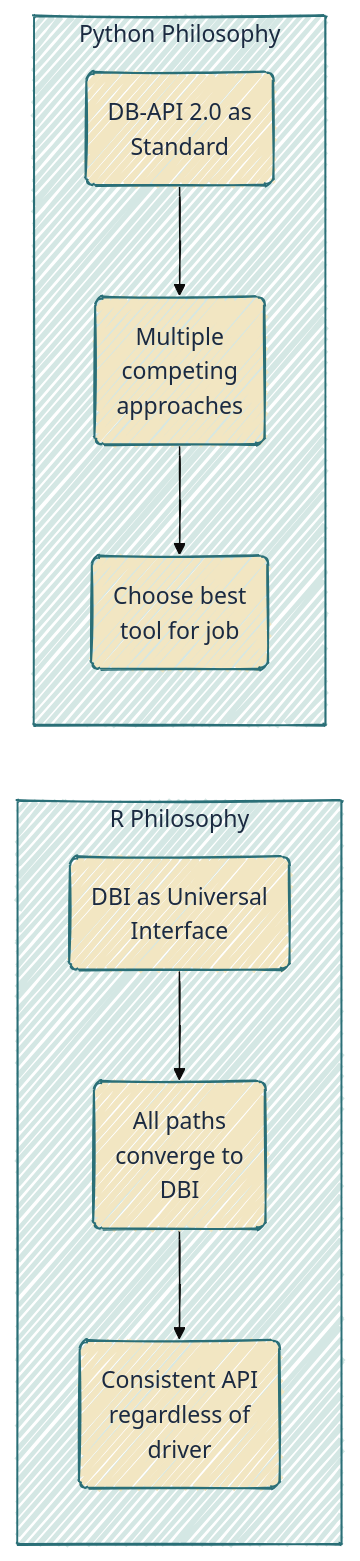
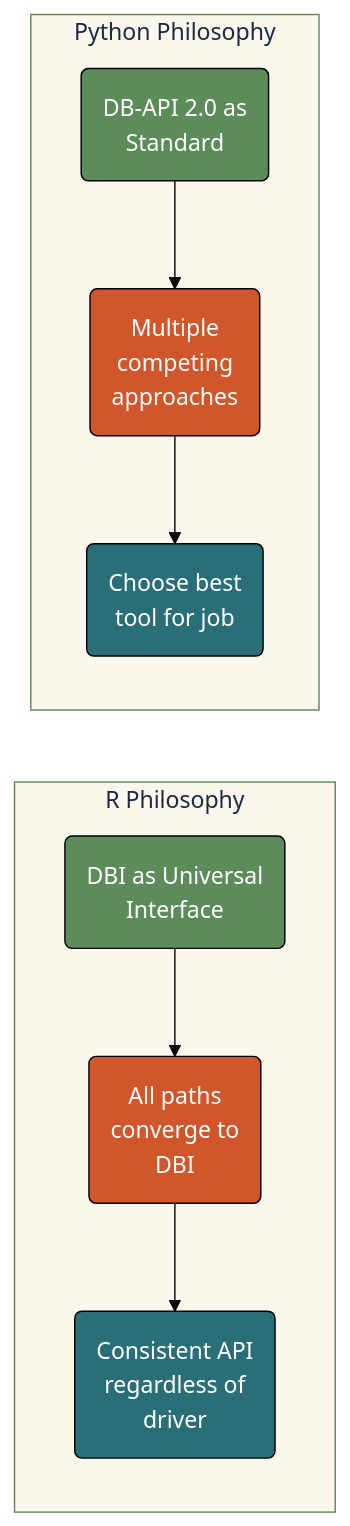
The third of 6 diagrams in lab03.qmd (mjfrigaard/do4ds-labs), drawn with Mermaid before and after one commit. The commit also changed other lines of this file and 48 other files, not shown here.

````diff
--- a/lab03.qmd
+++ b/lab03.qmd
@@ -203,22 +222,27 @@
 ```{mermaid}
 %%| fig-cap: 'DB Connection Mental Model Differences'
-%%| fig-align: center
-%%{init: {'theme': 'base', 'look': 'handDrawn', 'themeVariables': {'fontFamily': 'monospace'}}}%%
+%%| fig-align: 'center'
+%%{init: {'theme': 'base', 'themeVariables': {'fontFamily': 'monospace'}}}%%
 
 graph LR
     subgraph RPhil["R Philosophy"]
         A("DBI as Universal<br>Interface") --> B("All paths<br>converge to<br>DBI")
         B --> C("Consistent API<br>regardless of<br>driver")
     end
     
     subgraph PyPhil["Python Philosophy"]
         D("DB-API 2.0 as<br>Standard") --> E("Multiple<br>competing<br>approaches")
         E --> F("Choose best<br>tool for job")
     end
-    classDef default fill:#F2E6C2,stroke:#2A6F77,color:#1B2A41
-    style RPhil fill:#d4e7e4,stroke:#2A6F77,color:#1B2A41
-    style PyPhil fill:#d4e7e4,stroke:#2A6F77,color:#1B2A41
+    style RPhil fill:#fbf7ec,stroke:#5B8C5A,color:#1B2A41
+    style PyPhil fill:#fbf7ec,stroke:#5B8C5A,color:#1B2A41
+    style A fill:#5B8C5A,stroke:#000000,stroke-width:1px,color:#ffffff
+    style B fill:#D2562B,stroke:#000000,stroke-width:1px,color:#ffffff
+    style C fill:#2A6F77,stroke:#000000,stroke-width:1px,color:#ffffff
+    style D fill:#5B8C5A,stroke:#000000,stroke-width:1px,color:#ffffff
+    style E fill:#D2562B,stroke:#000000,stroke-width:1px,color:#ffffff
+    style F fill:#2A6F77,stroke:#000000,stroke-width:1px,color:#ffffff
     
 
     
 ```
````
